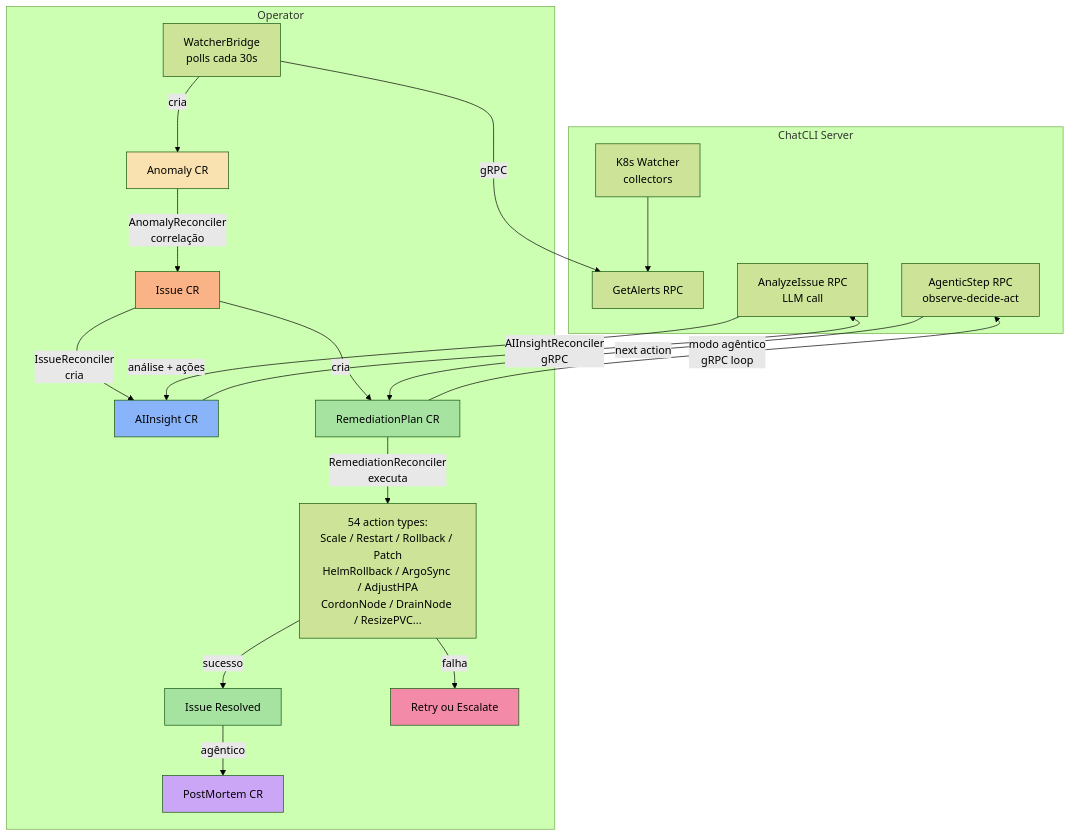
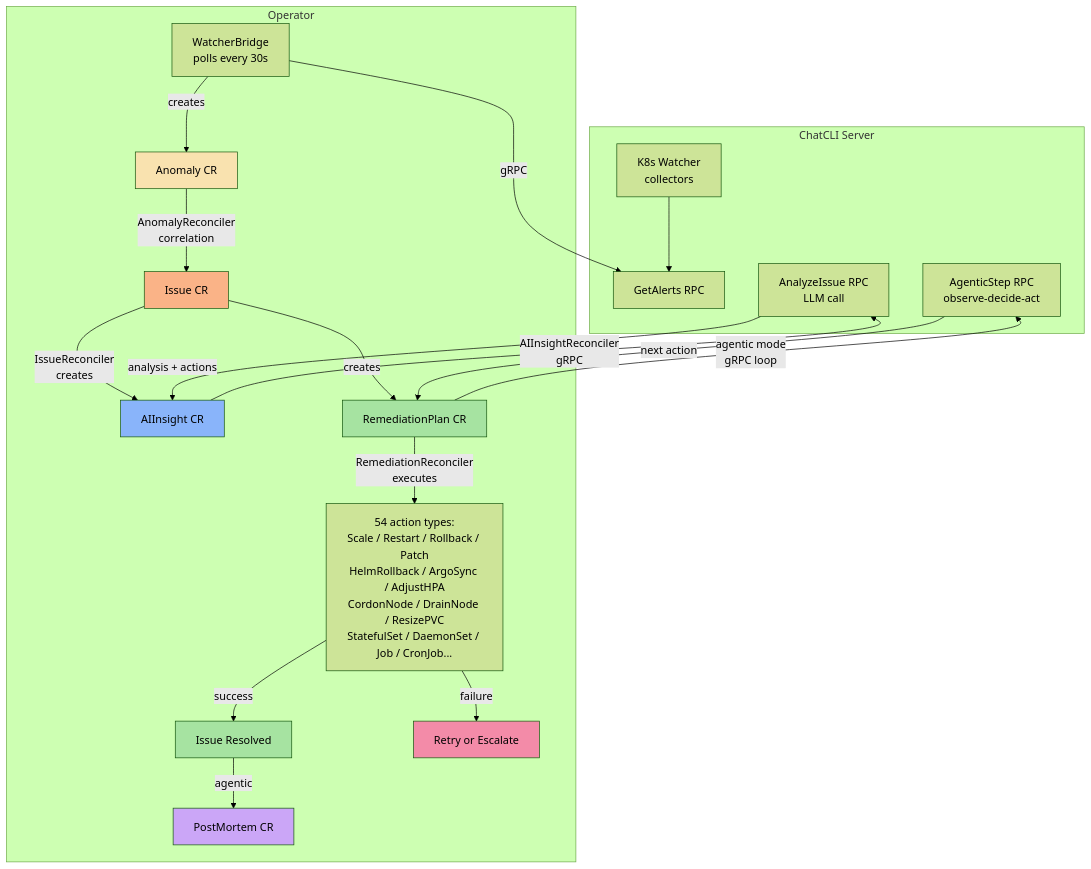
One commit to diillson/chatcli.ai changed the first of 3 diagrams in features/k8s-operator.mdx. Above: the diagram before and after it, drawn with Mermaid (forest theme). The commit also changed other lines of this file and 500 other files, not shown here.

````diff
--- a/features/k8s-operator.mdx
+++ b/features/k8s-operator.mdx
@@ -137,32 +137,32 @@
 ```mermaid
 graph TD
     subgraph "ChatCLI Server"
         W[K8s Watcher<br/>collectors] --> GA[GetAlerts RPC]
         AI_RPC[AnalyzeIssue RPC<br/>LLM call]
         AG_RPC[AgenticStep RPC<br/>observe-decide-act]
     end
 
     subgraph "Operator"
-        WB[WatcherBridge<br/>polls cada 30s] -->|gRPC| GA
-        WB -->|cria| ANOM[Anomaly CR]
-        ANOM -->|AnomalyReconciler<br/>correlação| ISS[Issue CR]
-        ISS -->|IssueReconciler<br/>cria| INSIGHT[AIInsight CR]
+        WB[WatcherBridge<br/>polls every 30s] -->|gRPC| GA
+        WB -->|creates| ANOM[Anomaly CR]
+        ANOM -->|AnomalyReconciler<br/>correlation| ISS[Issue CR]
+        ISS -->|IssueReconciler<br/>creates| INSIGHT[AIInsight CR]
         INSIGHT -->|AIInsightReconciler<br/>gRPC| AI_RPC
-        AI_RPC -->|análise + ações| INSIGHT
-        ISS -->|cria| PLAN[RemediationPlan CR]
-        PLAN -->|RemediationReconciler<br/>executa| ACTIONS[54 action types:<br/>Scale / Restart / Rollback / Patch<br/>HelmRollback / ArgoSync / AdjustHPA<br/>CordonNode / DrainNode / ResizePVC...]
-        PLAN -->|modo agêntico<br/>gRPC loop| AG_RPC
+        AI_RPC -->|analysis + actions| INSIGHT
+        ISS -->|creates| PLAN[RemediationPlan CR]
+        PLAN -->|RemediationReconciler<br/>executes| ACTIONS[54 action types:<br/>Scale / Restart / Rollback / Patch<br/>HelmRollback / ArgoSync / AdjustHPA<br/>CordonNode / DrainNode / ResizePVC<br/>StatefulSet / DaemonSet / Job / CronJob...]
+        PLAN -->|agentic mode<br/>gRPC loop| AG_RPC
         AG_RPC -->|next action| PLAN
-        ACTIONS -->|sucesso| RESOLVED[Issue Resolved]
-        ACTIONS -->|falha| RETRY[Retry ou Escalate]
-        RESOLVED -->|agêntico| PM[PostMortem CR]
+        ACTIONS -->|success| RESOLVED[Issue Resolved]
+        ACTIONS -->|failure| RETRY[Retry or Escalate]
+        RESOLVED -->|agentic| PM[PostMortem CR]
     end
 
     style ANOM fill:#f9e2af,color:#000
     style ISS fill:#fab387,color:#000
     style INSIGHT fill:#89b4fa,color:#000
     style PLAN fill:#a6e3a1,color:#000
     style RESOLVED fill:#a6e3a1,color:#000
     style RETRY fill:#f38ba8,color:#000
     style PM fill:#cba6f7,color:#000
 ```
````
